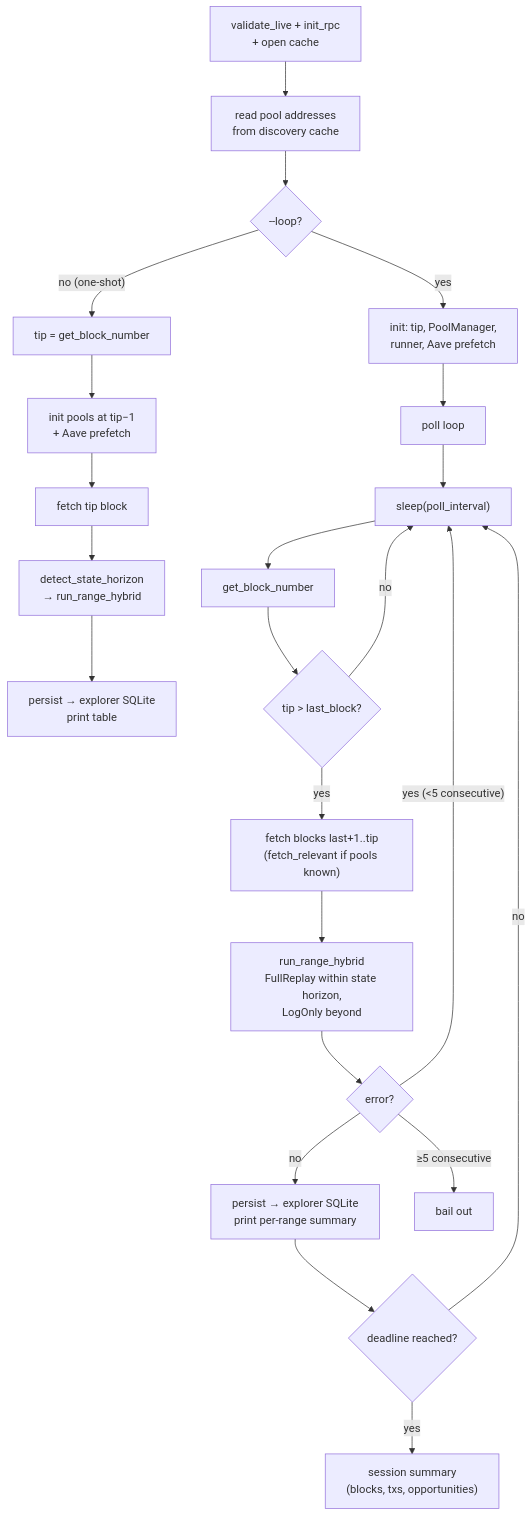
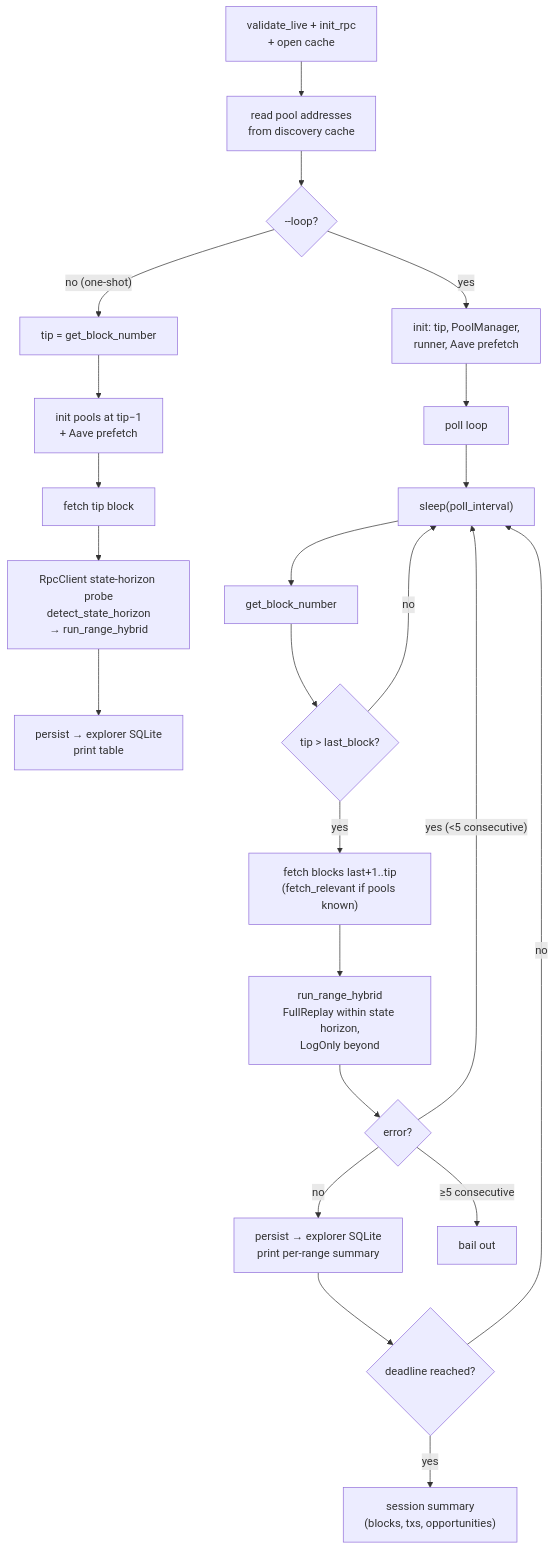
The eighth of 11 diagrams in docs/ARCHITECTURE.md (moha-moradi/mev-scout), drawn with Mermaid before and after one commit. The commit also changed other lines of this file and 41 other files, not shown here.

````diff
--- a/docs/ARCHITECTURE.md
+++ b/docs/ARCHITECTURE.md
@@ -367,23 +370,23 @@
 ```mermaid
 flowchart TB
     A["validate_live + init_rpc<br/>+ open cache"] --> B["read pool addresses<br/>from discovery cache"]
     B --> C{"--loop?"}
     C -- "no (one-shot)" --> D["tip = get_block_number"]
     C -- "yes" --> E["init: tip, PoolManager,<br/>runner, Aave prefetch"]
     D --> F["init pools at tip−1<br/>+ Aave prefetch"]
-    F --> G["fetch tip block"] --> H["detect_state_horizon<br/>→ run_range_hybrid"] --> I["persist → explorer SQLite<br/>print table"]
+    F --> G["fetch tip block"] --> H["RpcClient state-horizon probe<br/>detect_state_horizon<br/>→ run_range_hybrid"] --> I["persist → explorer SQLite<br/>print table"]
     E --> J["poll loop"]
     J --> K["sleep(poll_interval)"]
     K --> L["get_block_number"]
     L --> M{"tip > last_block?"}
     M -- no --> K
     M -- yes --> N["fetch blocks last+1..tip<br/>(fetch_relevant if pools known)"]
     N --> O["run_range_hybrid<br/>FullReplay within state horizon,<br/>LogOnly beyond"]
     O --> P{"error?"}
     P -- "yes (<5 consecutive)" --> K
     P -- no --> Q["persist → explorer SQLite<br/>print per-range summary"]
     Q --> R{"deadline reached?"}
     R -- no --> K
     R -- yes --> S["session summary<br/>(blocks, txs, opportunities)"]
     P -- "≥5 consecutive" --> T["bail out"]
 ```
````
